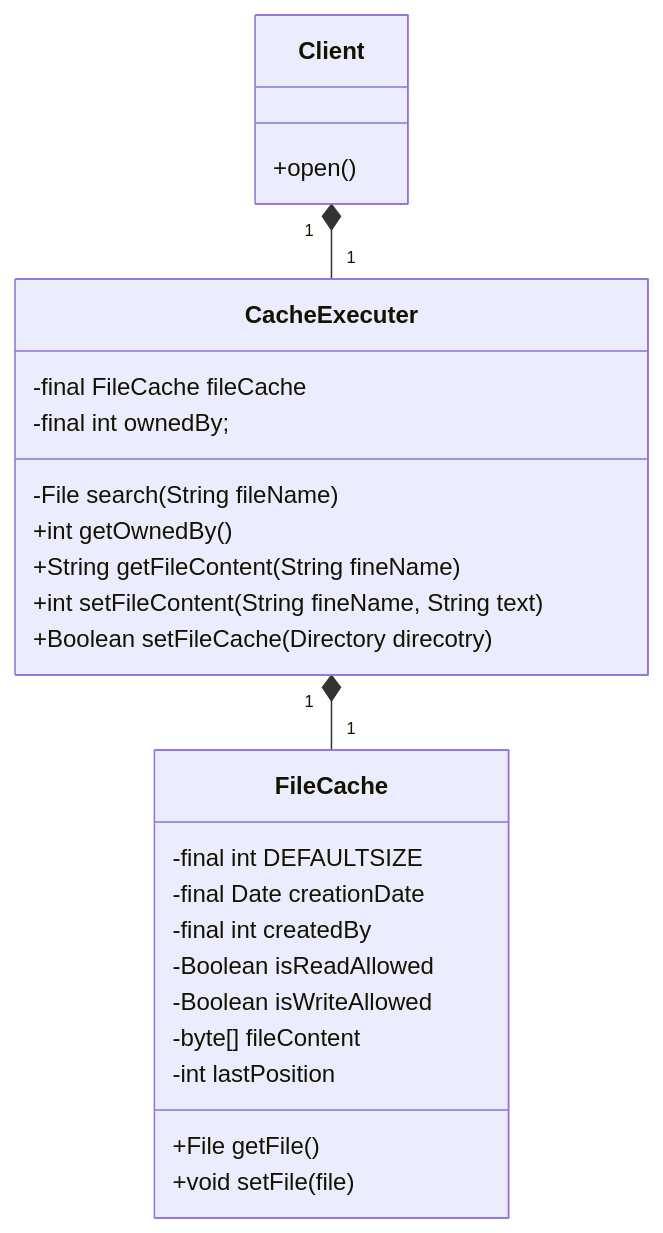
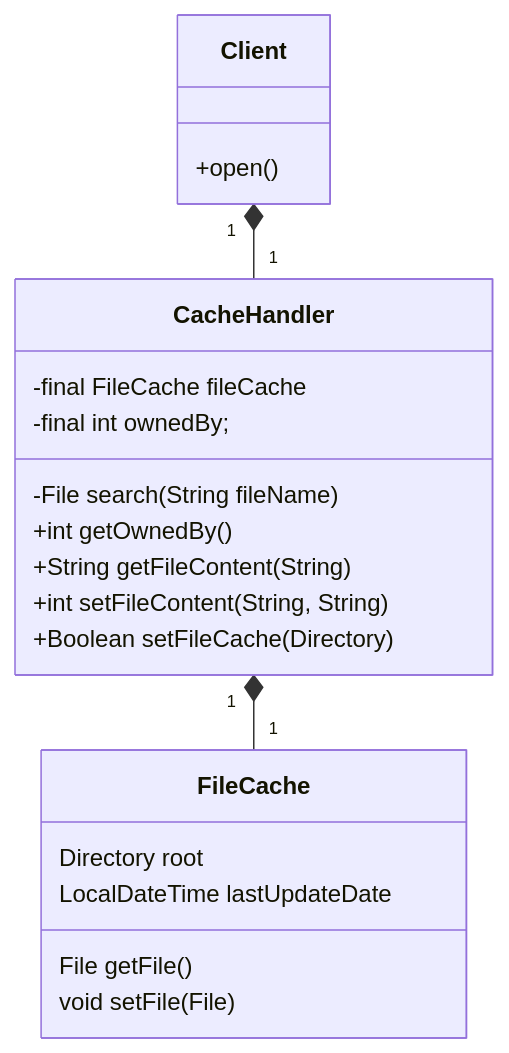
Before and after one commit to kaitokimuraofficial/distributed-file-systems: the second of 2 diagrams in design/class.md, drawn with Mermaid. The commit also changed other lines of this file and 2 other files, not shown here.

Commit message:
rename 'Executer' to 'Handler'

````diff
--- a/design/class.md
+++ b/design/class.md
@@ -30,42 +32,35 @@
 ```mermaid
 classDiagram
-  Client "1" *-- "1" CacheExecuter
-  CacheExecuter "1" *-- "1" FileCache
+  Client "1" *-- "1" CacheHandler
+  CacheHandler "1" *-- "1" FileCache
 
   class Client{
 
     +open()
   }
 
-  class CacheExecuter {
+  class CacheHandler {
     -final FileCache fileCache
     -final int ownedBy;
 
     -File search(String fileName)
 
     +int getOwnedBy()
 
     
-    +String getFileContent(String fineName)
+    +String getFileContent(String )
 
-    +int setFileContent(String fineName, String text)
+    +int setFileContent(String, String)
 
-    +Boolean setFileCache(Directory direcotry)
+    +Boolean setFileCache(Directory)
   }
   
   class FileCache{
-    -final int DEFAULTSIZE
-    -final Date creationDate
-    -final int createdBy
+    Directory root
+    LocalDateTime lastUpdateDate
 
-    -Boolean isReadAllowed
-    -Boolean isWriteAllowed
-
-    -byte[] fileContent
-    -int lastPosition
-
-    +File getFile()
-    +void setFile(file)
+    File getFile()
+    void setFile(File)
   }
 
 ```
````
